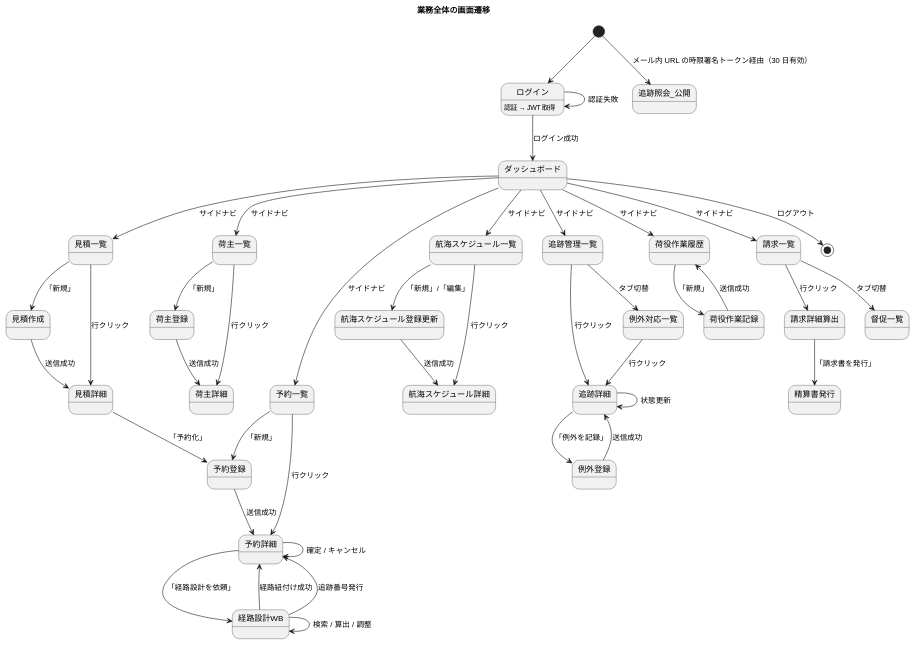
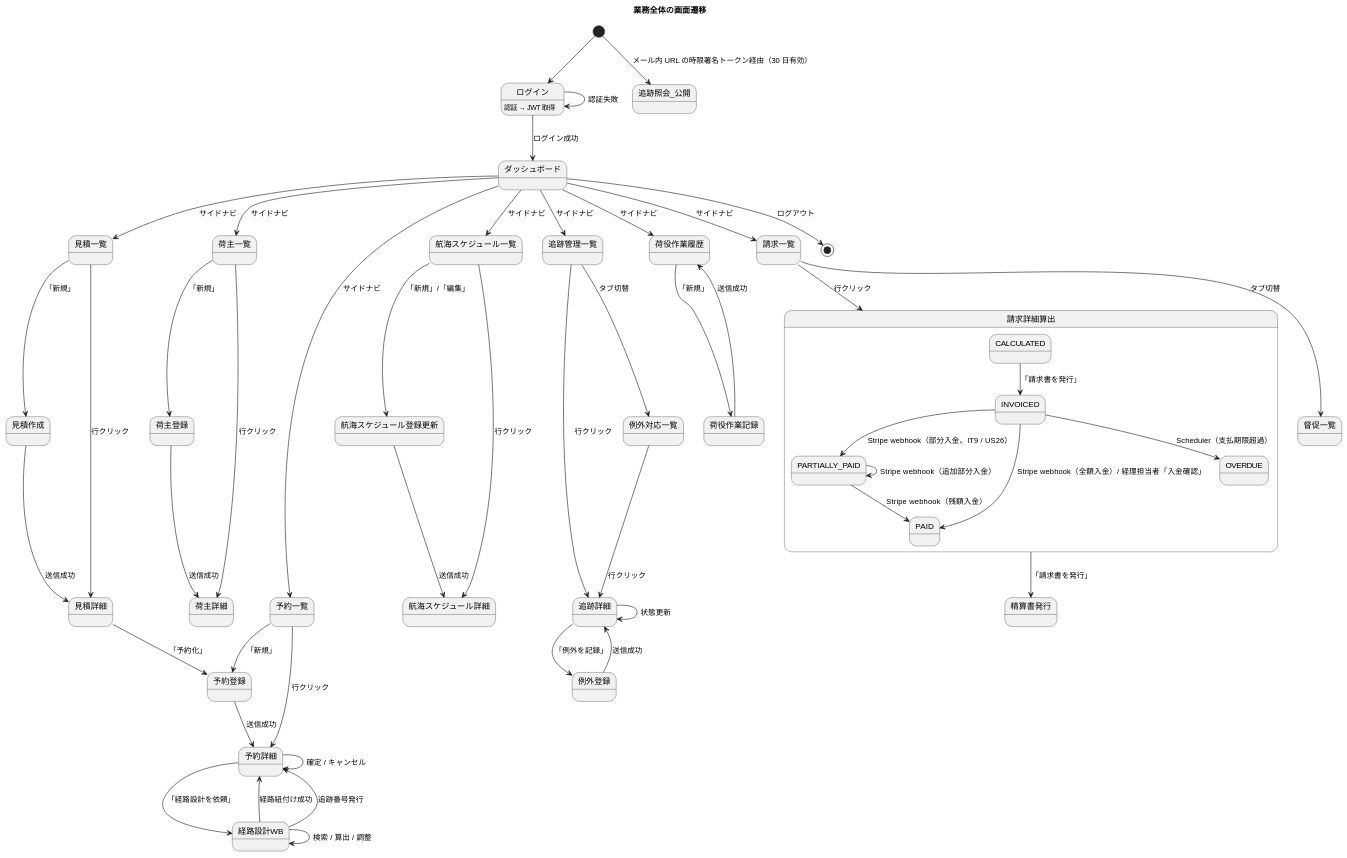
Before and after one commit to k2works/case-study-cargo-tracker: the third of 25 diagrams in docs/design/ui_design.md, drawn with PlantUML. The commit also changed other lines of this file and 2 other files, not shown here.

```diff
--- a/docs/design/ui_design.md
+++ b/docs/design/ui_design.md
@@ -234,7 +234,19 @@
 荷役作業記録 --> 荷役作業履歴 : 送信成功
 
 state 請求一覧
-state 請求詳細算出
+state 請求詳細算出 {
+  state CALCULATED
+  state INVOICED
+  state PARTIALLY_PAID
+  state PAID
+  state OVERDUE
+  CALCULATED --> INVOICED : 「請求書を発行」
+  INVOICED --> PARTIALLY_PAID : Stripe webhook（部分入金、IT9 / US26）
+  INVOICED --> PAID : Stripe webhook（全額入金）/ 経理担当者「入金確認」
+  PARTIALLY_PAID --> PARTIALLY_PAID : Stripe webhook（追加部分入金）
+  PARTIALLY_PAID --> PAID : Stripe webhook（残額入金）
+  INVOICED --> OVERDUE : Scheduler（支払期限超過）
+}
 state 精算書発行
 state 督促一覧
 請求一覧 --> 請求詳細算出 : 行クリック
```
